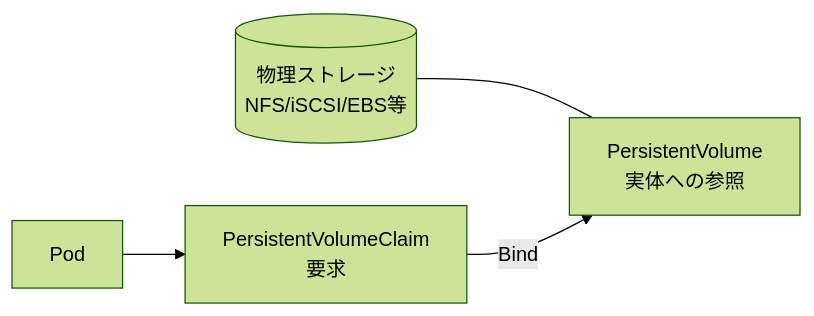
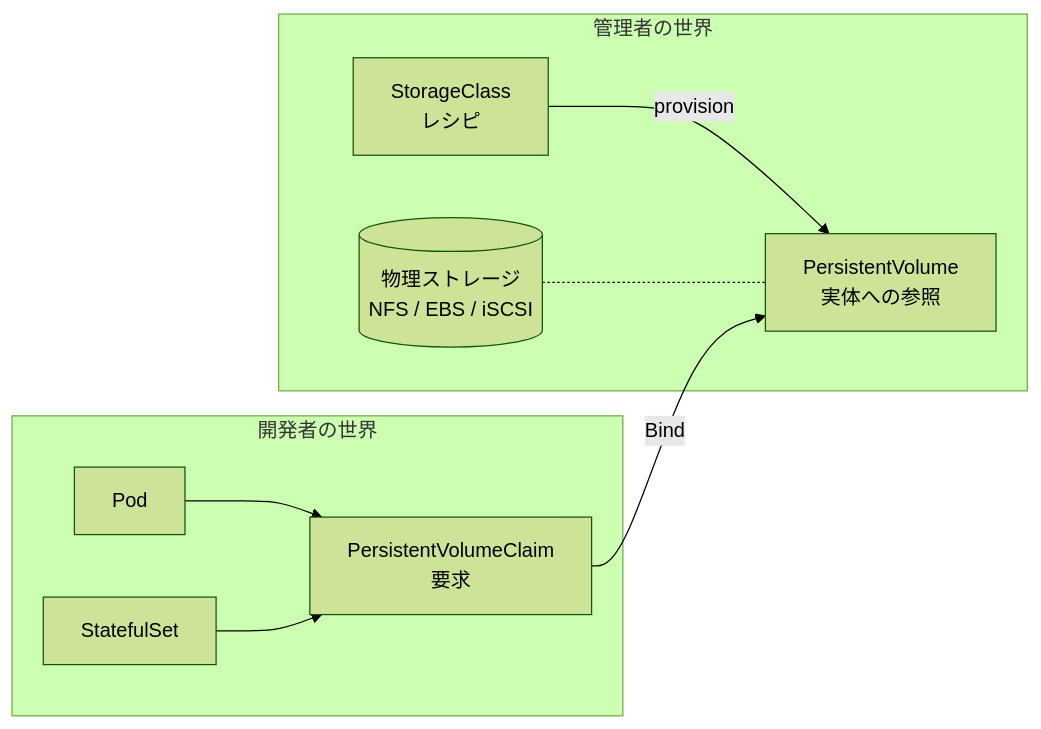
Before and after one commit to swallowsaba/introduction-k8s: the first of 9 diagrams in docs/05-storage/pv-pvc.md, drawn with Mermaid (forest theme). The commit also changed other lines of this file and 4 other files, not shown here.

````diff
--- a/docs/05-storage/pv-pvc.md
+++ b/docs/05-storage/pv-pvc.md
@@ -22,7 +52,18 @@
 ```mermaid
 flowchart LR
-    storage[(物理ストレージ<br>NFS/iSCSI/EBS等)]
-    storage --- pv[PersistentVolume<br>実体への参照]
-    pvc[PersistentVolumeClaim<br>要求] -->|Bind| pv
-    pod[Pod] --> pvc
+    subgraph Admin["管理者の世界"]
+        sc[StorageClass<br>レシピ]
+        pv[PersistentVolume<br>実体への参照]
+        infra[(物理ストレージ<br>NFS / EBS / iSCSI)]
+        sc -->|provision| pv
+        infra -.- pv
+    end
+    subgraph Dev["開発者の世界"]
+        pvc[PersistentVolumeClaim<br>要求]
+        pod[Pod]
+        sts[StatefulSet]
+        pod --> pvc
+        sts --> pvc
+    end
+    pvc -->|Bind| pv
 ```
````
